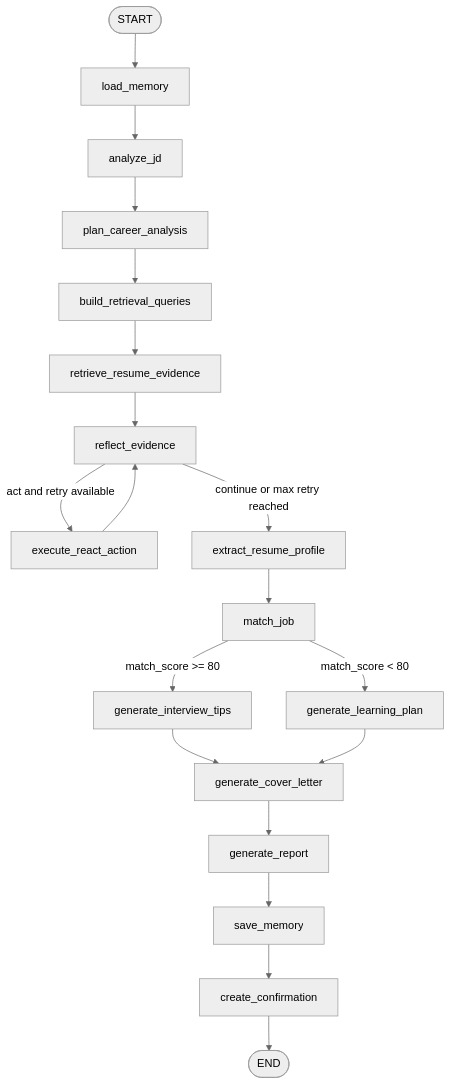
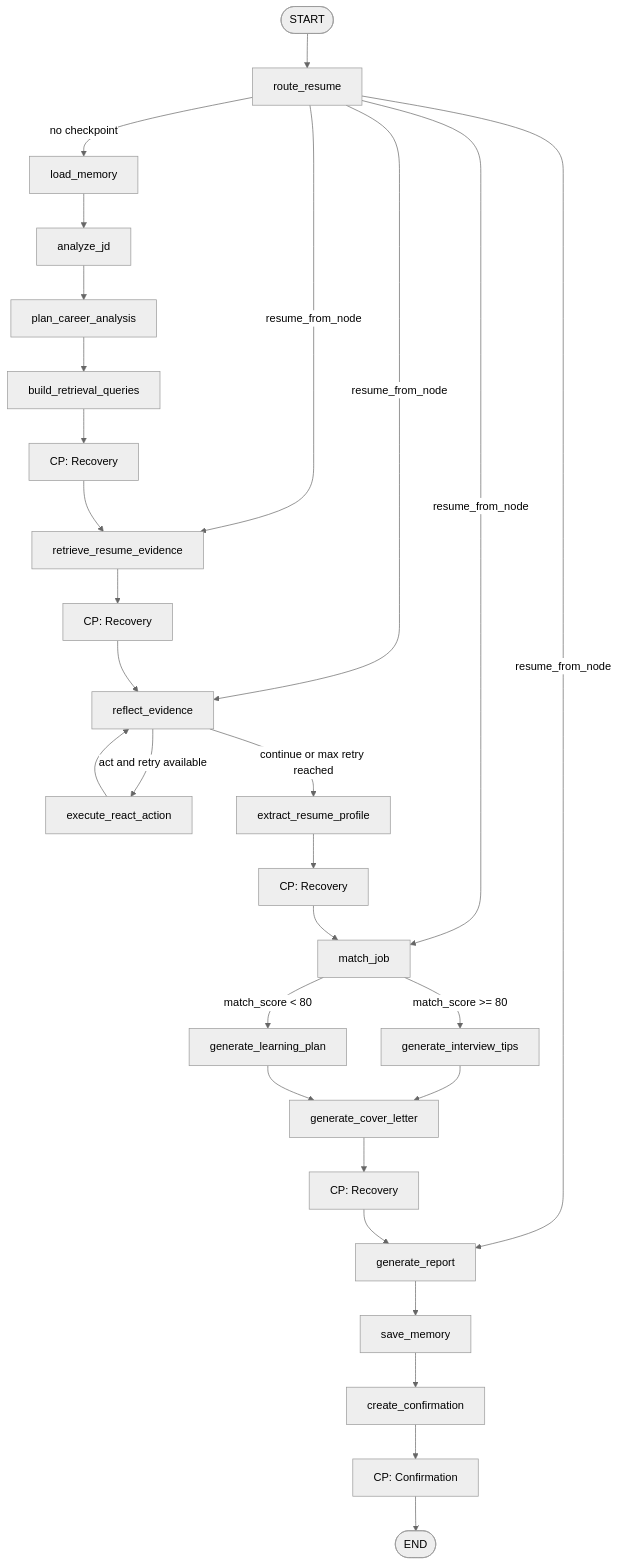
Before and after one commit to Joker3e3/ai-career-agent-backend: the second of 4 diagrams in README.md, drawn with Mermaid (neutral theme). The commit also changed other lines of this file and 1 other file, not shown here.

````diff
--- a/README.md
+++ b/README.md
@@ -69,21 +87,31 @@
 ```mermaid
 flowchart TD
-    START(["START"]) --> load_memory["load_memory"]
+    START(["START"]) --> route_resume["route_resume"]
+    route_resume -->|no checkpoint| load_memory["load_memory"]
+    route_resume -->|resume_from_node| retrieve_resume_evidence
+    route_resume -->|resume_from_node| reflect_evidence
+    route_resume -->|resume_from_node| match_job
+    route_resume -->|resume_from_node| generate_report
     load_memory --> analyze_jd["analyze_jd"]
     analyze_jd --> plan_career_analysis["plan_career_analysis"]
     plan_career_analysis --> build_retrieval_queries["build_retrieval_queries"]
-    build_retrieval_queries --> retrieve_resume_evidence["retrieve_resume_evidence"]
-    retrieve_resume_evidence --> reflect_evidence["reflect_evidence"]
+    build_retrieval_queries --> cp_query["CP: Recovery"]
+    cp_query --> retrieve_resume_evidence["retrieve_resume_evidence"]
+    retrieve_resume_evidence --> cp_evidence["CP: Recovery"]
+    cp_evidence --> reflect_evidence["reflect_evidence"]
     reflect_evidence -->|act and retry available| execute_react_action["execute_react_action"]
     execute_react_action --> reflect_evidence
     reflect_evidence -->|continue or max retry reached| extract_resume_profile["extract_resume_profile"]
-    extract_resume_profile --> match_job["match_job"]
+    extract_resume_profile --> cp_profile["CP: Recovery"]
+    cp_profile --> match_job["match_job"]
     match_job -->|match_score >= 80| generate_interview_tips["generate_interview_tips"]
     match_job -->|match_score < 80| generate_learning_plan["generate_learning_plan"]
     generate_interview_tips --> generate_cover_letter["generate_cover_letter"]
     generate_learning_plan --> generate_cover_letter
-    generate_cover_letter --> generate_report["generate_report"]
+    generate_cover_letter --> cp_cover["CP: Recovery"]
+    cp_cover --> generate_report["generate_report"]
     generate_report --> save_memory["save_memory"]
     save_memory --> create_confirmation["create_confirmation"]
-    create_confirmation --> END([END])
+    create_confirmation --> cp_confirmation["CP: Confirmation"]
+    cp_confirmation --> END([END])
 ```
````
